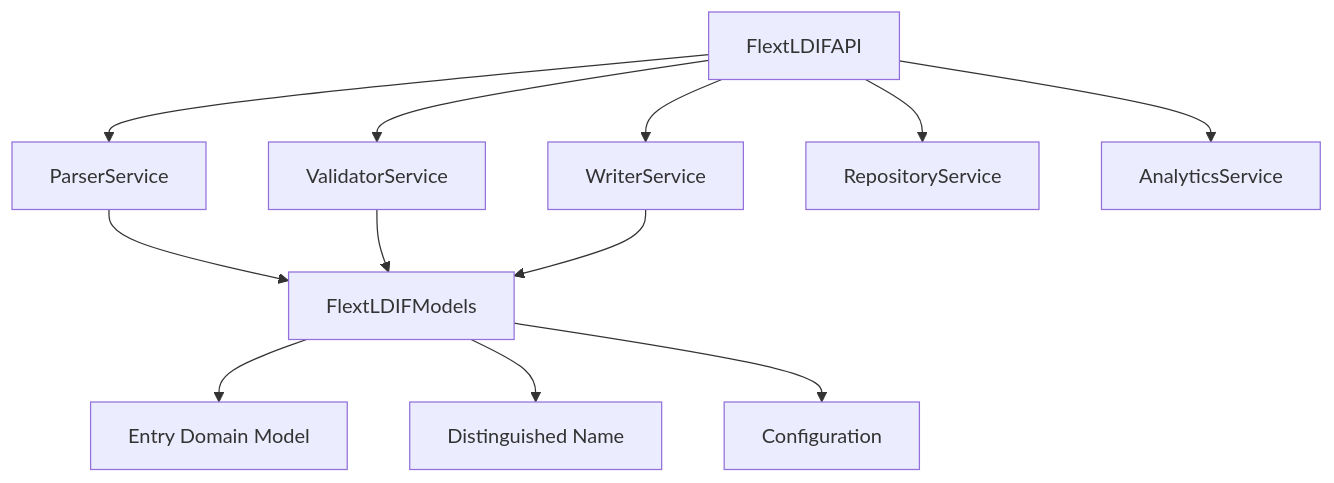
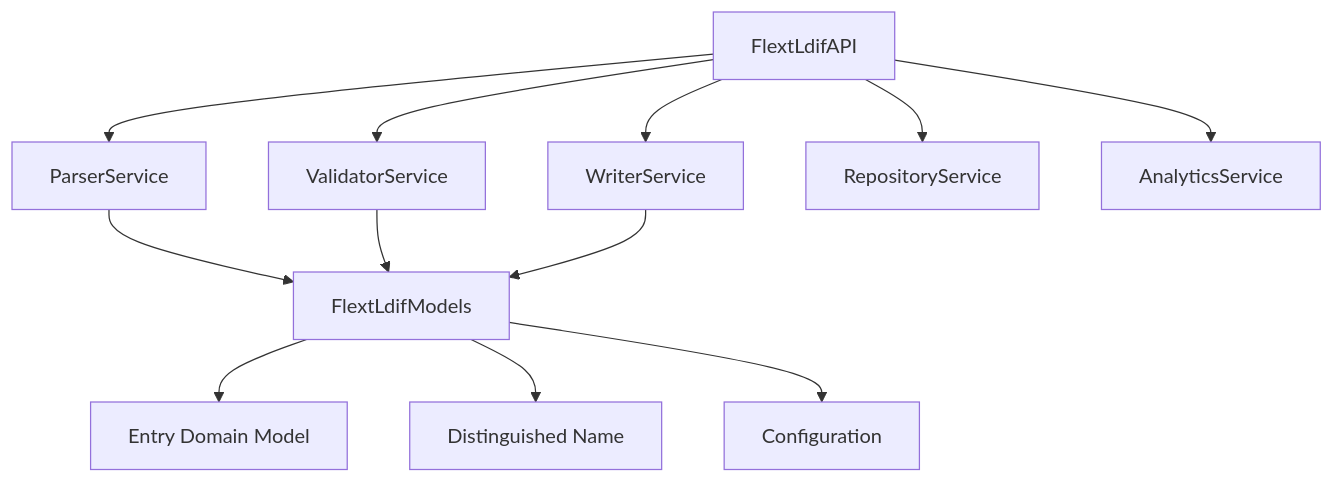
The diagram in README.md (flext-sh/flext-ldif), drawn with Mermaid before and after one commit. The commit also changed other lines of this file and 91 other files, not shown here.

````diff
--- a/README.md
+++ b/README.md
@@ -44,16 +44,16 @@
 ```mermaid
 graph TB
-    API[FlextLDIFAPI] --> Parser[ParserService]
+    API[FlextLdifAPI] --> Parser[ParserService]
     API --> Validator[ValidatorService]
     API --> Writer[WriterService]
     API --> Repository[RepositoryService]
     API --> Analytics[AnalyticsService]
 
-    Parser --> Models[FlextLDIFModels]
+    Parser --> Models[FlextLdifModels]
     Validator --> Models
     Writer --> Models
 
     Models --> Entry[Entry Domain Model]
     Models --> DN[Distinguished Name]
     Models --> Config[Configuration]
 ```
````
